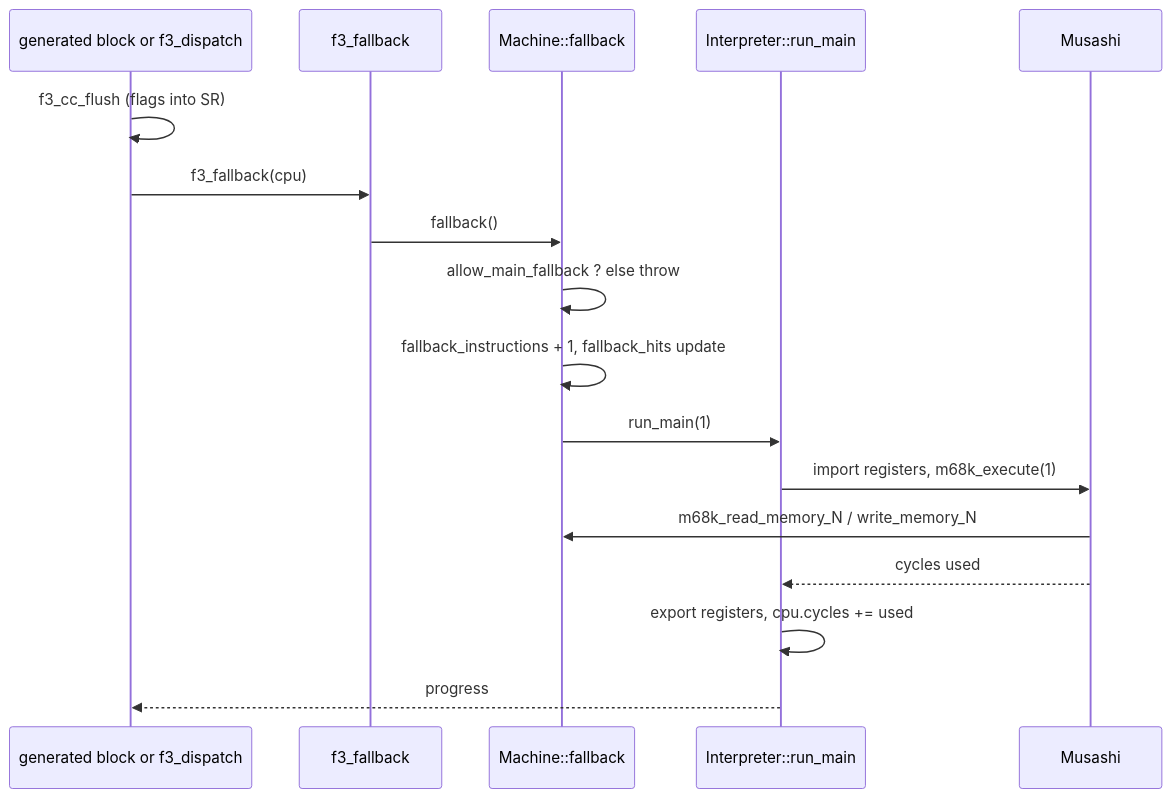
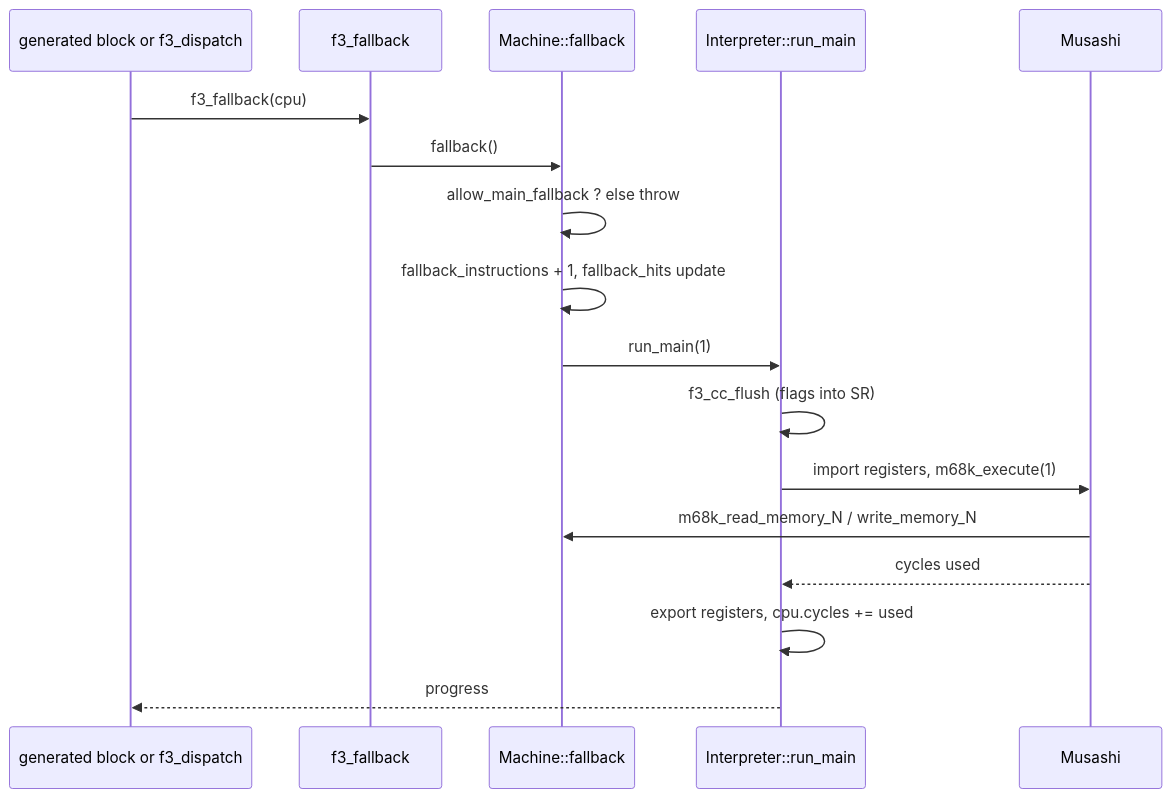
Before and after one commit to ansxor/f3-recomp: the second of 2 diagrams in docs/site/developer/runtime/interpreter.md, drawn with Mermaid. The commit also changed other lines of this file and 319 other files, not shown here.

````diff
--- a/docs/site/developer/runtime/interpreter.md
+++ b/docs/site/developer/runtime/interpreter.md
@@ -155,19 +144,19 @@
 ```mermaid
 sequenceDiagram
   participant G as generated block or f3_dispatch
   participant A as f3_fallback
   participant M as Machine::fallback
   participant I as Interpreter::run_main
   participant X as Musashi
-  G->>G: f3_cc_flush (flags into SR)
   G->>A: f3_fallback(cpu)
   A->>M: fallback()
   M->>M: allow_main_fallback ? else throw
   M->>M: fallback_instructions + 1, fallback_hits update
   M->>I: run_main(1)
+  I->>I: f3_cc_flush (flags into SR)
   I->>X: import registers, m68k_execute(1)
   X->>M: m68k_read_memory_N / write_memory_N
   X-->>I: cycles used
   I->>I: export registers, cpu.cycles += used
   I-->>G: progress
 ```
````
